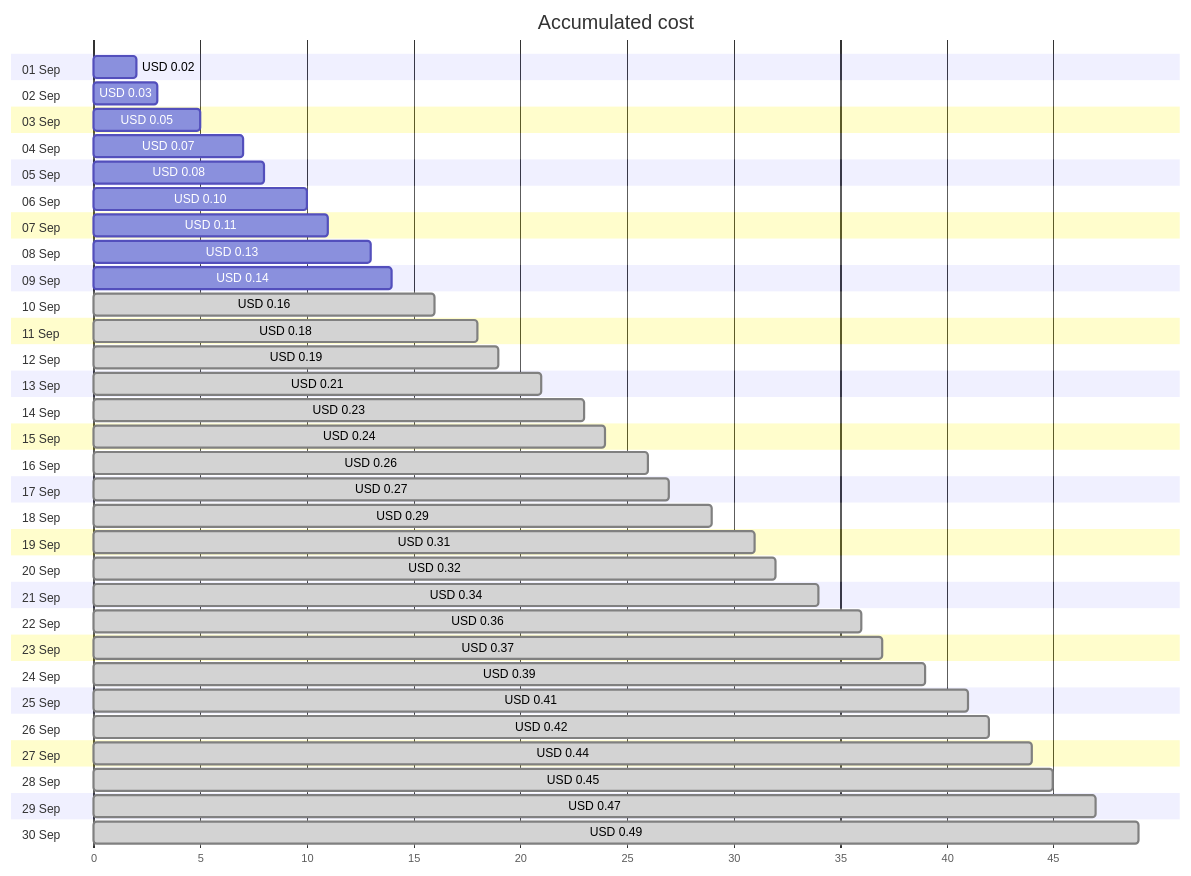
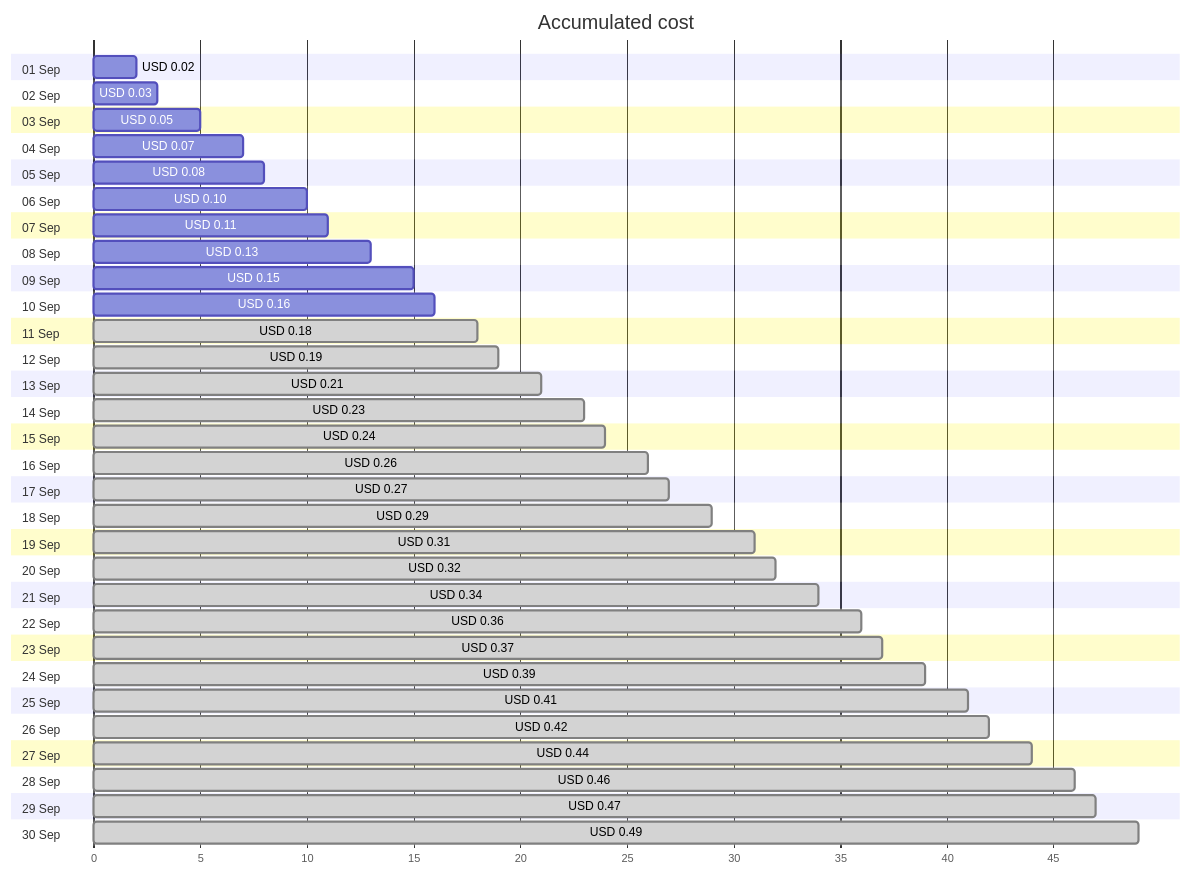
The first of 4 diagrams in cost-reports/personal-dns/jpatrickfulton.com.md (jpfulton/azure-personal-reports), drawn with Mermaid before and after one commit. The commit also changed other lines of this file and 2 other files, not shown here.

````diff
--- a/cost-reports/personal-dns/jpatrickfulton.com.md
+++ b/cost-reports/personal-dns/jpatrickfulton.com.md
@@ -20,66 +20,66 @@
 ```mermaid
 gantt
    title Accumulated cost
    dateFormat  X
    axisFormat %s
    section 01 Sep
    USD 0.02 :0, 2
    section 02 Sep
    USD 0.03 :0, 3
    section 03 Sep
    USD 0.05 :0, 5
    section 04 Sep
    USD 0.07 :0, 7
    section 05 Sep
    USD 0.08 :0, 8
    section 06 Sep
    USD 0.10 :0, 10
    section 07 Sep
    USD 0.11 :0, 11
    section 08 Sep
    USD 0.13 :0, 13
    section 09 Sep
-   USD 0.14 :0, 14
+   USD 0.15 :0, 15
    section 10 Sep
-   USD 0.16 : done, 0, 16
+   USD 0.16 :0, 16
    section 11 Sep
    USD 0.18 : done, 0, 18
    section 12 Sep
    USD 0.19 : done, 0, 19
    section 13 Sep
    USD 0.21 : done, 0, 21
    section 14 Sep
    USD 0.23 : done, 0, 23
    section 15 Sep
    USD 0.24 : done, 0, 24
    section 16 Sep
    USD 0.26 : done, 0, 26
    section 17 Sep
    USD 0.27 : done, 0, 27
    section 18 Sep
    USD 0.29 : done, 0, 29
    section 19 Sep
    USD 0.31 : done, 0, 31
    section 20 Sep
    USD 0.32 : done, 0, 32
    section 21 Sep
    USD 0.34 : done, 0, 34
    section 22 Sep
    USD 0.36 : done, 0, 36
    section 23 Sep
    USD 0.37 : done, 0, 37
    section 24 Sep
    USD 0.39 : done, 0, 39
    section 25 Sep
    USD 0.41 : done, 0, 41
    section 26 Sep
    USD 0.42 : done, 0, 42
    section 27 Sep
    USD 0.44 : done, 0, 44
    section 28 Sep
-   USD 0.45 : done, 0, 45
+   USD 0.46 : done, 0, 46
    section 29 Sep
    USD 0.47 : done, 0, 47
    section 30 Sep
    USD 0.49 : done, 0, 49
 ```
````
